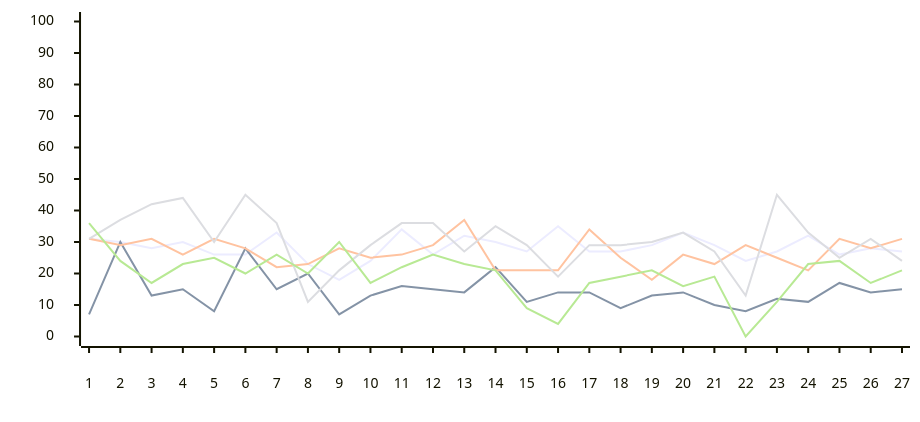
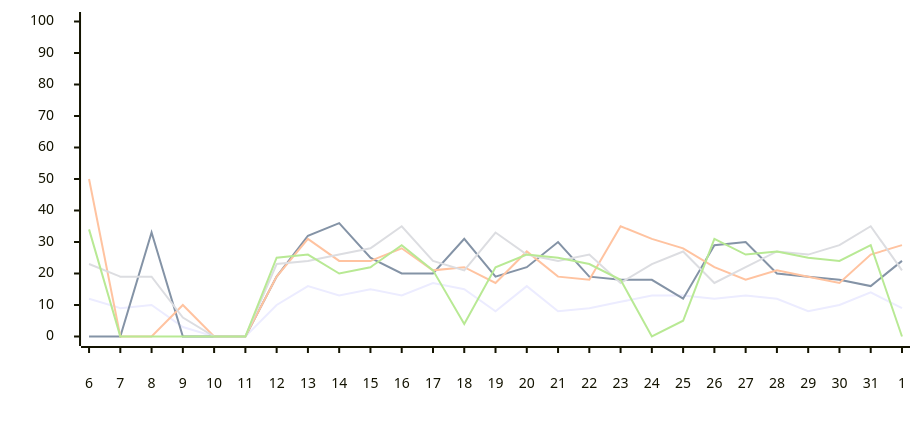
One commit to austenstone/copilot-usage changed the sixth of 11 diagrams in __tests__/mock/sample-output.md. Above: the diagram before and after it, drawn with Mermaid. The commit also changed other lines of this file and 6 other files, not shown here.

````diff
--- a/__tests__/mock/sample-output.md
+++ b/__tests__/mock/sample-output.md
@@ -127,24 +127,24 @@
 ```mermaid
 ---
 config:
     xyChart:
         width: 900
         height: 400
         xAxis:
             labelPadding: 20
         yAxis:
             labelPadding: 20
     themeVariables:
         xyChart:
             backgroundColor: "transparent"
 ---
 xychart-beta
 
-  x-axis  [1, 2, 3, 4, 5, 6, 7, 8, 9, 10, 11, 12, 13, 14, 15, 16, 17, 18, 19, 20, 21, 22, 23, 24, 25, 26, 27]
+  x-axis  [6, 7, 8, 9, 10, 11, 12, 13, 14, 15, 16, 17, 18, 19, 20, 21, 22, 23, 24, 25, 26, 27, 28, 29, 30, 31, 1]
   y-axis  0 --> 100
-line  [31, 30, 28, 30, 26, 26, 33, 23, 18, 24, 34, 26, 32, 30, 27, 35, 27, 27, 29, 33, 29, 24, 27, 32, 26, 28, 27]
-line  [7, 30, 13, 15, 8, 28, 15, 20, 7, 13, 16, 15, 14, 22, 11, 14, 14, 9, 13, 14, 10, 8, 12, 11, 17, 14, 15]
-line  [31, 29, 31, 26, 31, 28, 22, 23, 28, 25, 26, 29, 37, 21, 21, 21, 34, 25, 18, 26, 23, 29, 25, 21, 31, 28, 31]
-line  [31, 37, 42, 44, 30, 45, 36, 11, 21, 29, 36, 36, 27, 35, 29, 19, 29, 29, 30, 33, 27, 13, 45, 33, 25, 31, 24]
-line  [36, 24, 17, 23, 25, 20, 26, 20, 30, 17, 22, 26, 23, 21, 9, 4, 17, 19, 21, 16, 19, 0, 11, 23, 24, 17, 21]
+line  [12, 9, 10, 3, 0, 0, 10, 16, 13, 15, 13, 17, 15, 8, 16, 8, 9, 11, 13, 13, 12, 13, 12, 8, 10, 14, 9]
+line  [0, 0, 33, 0, 0, 0, 19, 32, 36, 25, 20, 20, 31, 19, 22, 30, 19, 18, 18, 12, 29, 30, 20, 19, 18, 16, 24]
+line  [50, 0, 0, 10, 0, 0, 19, 31, 24, 24, 28, 21, 22, 17, 27, 19, 18, 35, 31, 28, 22, 18, 21, 19, 17, 26, 29]
+line  [23, 19, 19, 6, 0, 0, 23, 24, 26, 28, 35, 24, 21, 33, 26, 24, 26, 17, 23, 27, 17, 22, 27, 26, 29, 35, 21]
+line  [34, 0, 0, 0, 0, 0, 25, 26, 20, 22, 29, 21, 4, 22, 26, 25, 23, 18, 0, 5, 31, 26, 27, 25, 24, 29, 0]
 ```
````
